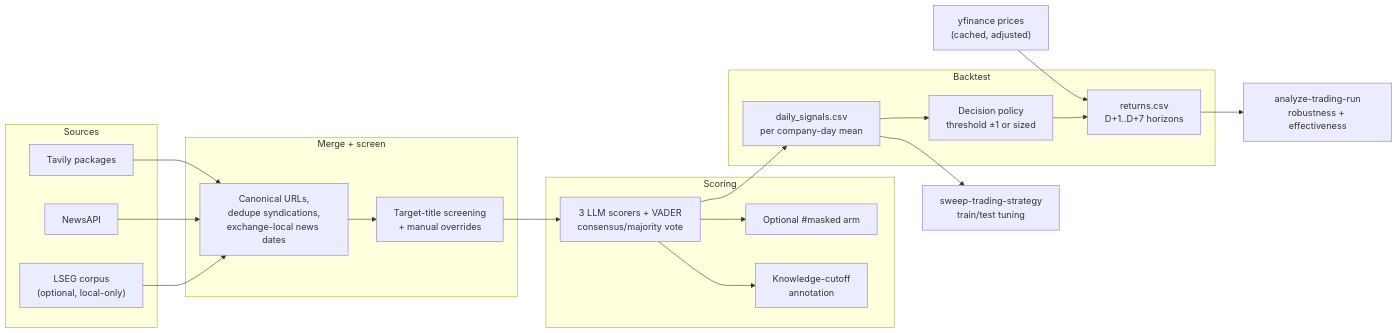
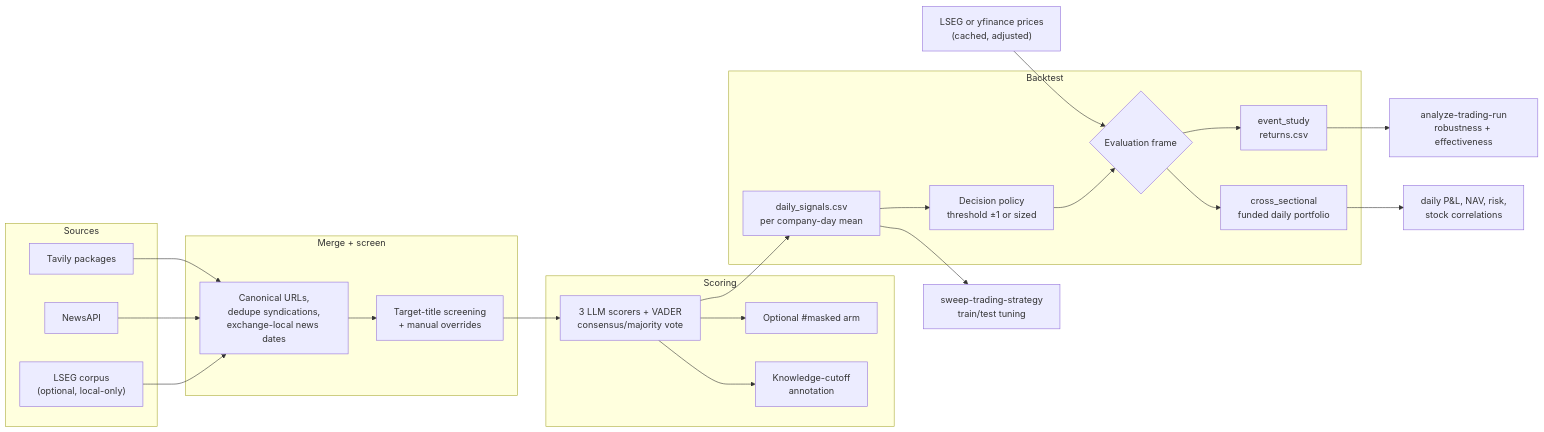
Before and after one commit to PeterLP123/Sentiment_Dissertation: the first of 5 diagrams in docs/trading_pipeline.md, drawn with Mermaid. The commit also changed other lines of this file and 13 other files, not shown here.

Commit message:
feat(trading): add funded portfolio evaluation

````diff
--- a/docs/trading_pipeline.md
+++ b/docs/trading_pipeline.md
@@ -11,35 +11,40 @@
 ```mermaid
 flowchart LR
     subgraph Sources
         T["Tavily packages"]
         NA["NewsAPI"]
         LS["LSEG corpus<br/>(optional, local-only)"]
     end
     subgraph Screening["Merge + screen"]
         M["Canonical URLs,<br/>dedupe syndications,<br/>exchange-local news dates"]
         SC["Target-title screening<br/>+ manual overrides"]
     end
     subgraph Scoring
         L["3 LLM scorers + VADER<br/>consensus/majority vote"]
         MA["Optional #masked arm"]
         CU["Knowledge-cutoff<br/>annotation"]
     end
     subgraph Backtest
         DS["daily_signals.csv<br/>per company-day mean"]
         DP["Decision policy<br/>threshold ±1 or sized"]
-        R["returns.csv<br/>D+1..D+7 horizons"]
+        EV{"Evaluation frame"}
+        R["event_study<br/>returns.csv"]
+        PF["cross_sectional<br/>funded daily portfolio"]
     end
     T --> M
     NA --> M
     LS --> M
     M --> SC
     SC --> L
     L --> MA
     L --> CU
     L --> DS
     DS --> DP
-    P["yfinance prices<br/>(cached, adjusted)"] --> R
-    DP --> R
+    P["LSEG or yfinance prices<br/>(cached, adjusted)"] --> EV
+    DP --> EV
+    EV --> R
+    EV --> PF
     R --> AN["analyze-trading-run<br/>robustness + effectiveness"]
+    PF --> PM["daily P&L, NAV, risk,<br/>stock correlations"]
     DS --> SW["sweep-trading-strategy<br/>train/test tuning"]
 ```
````
